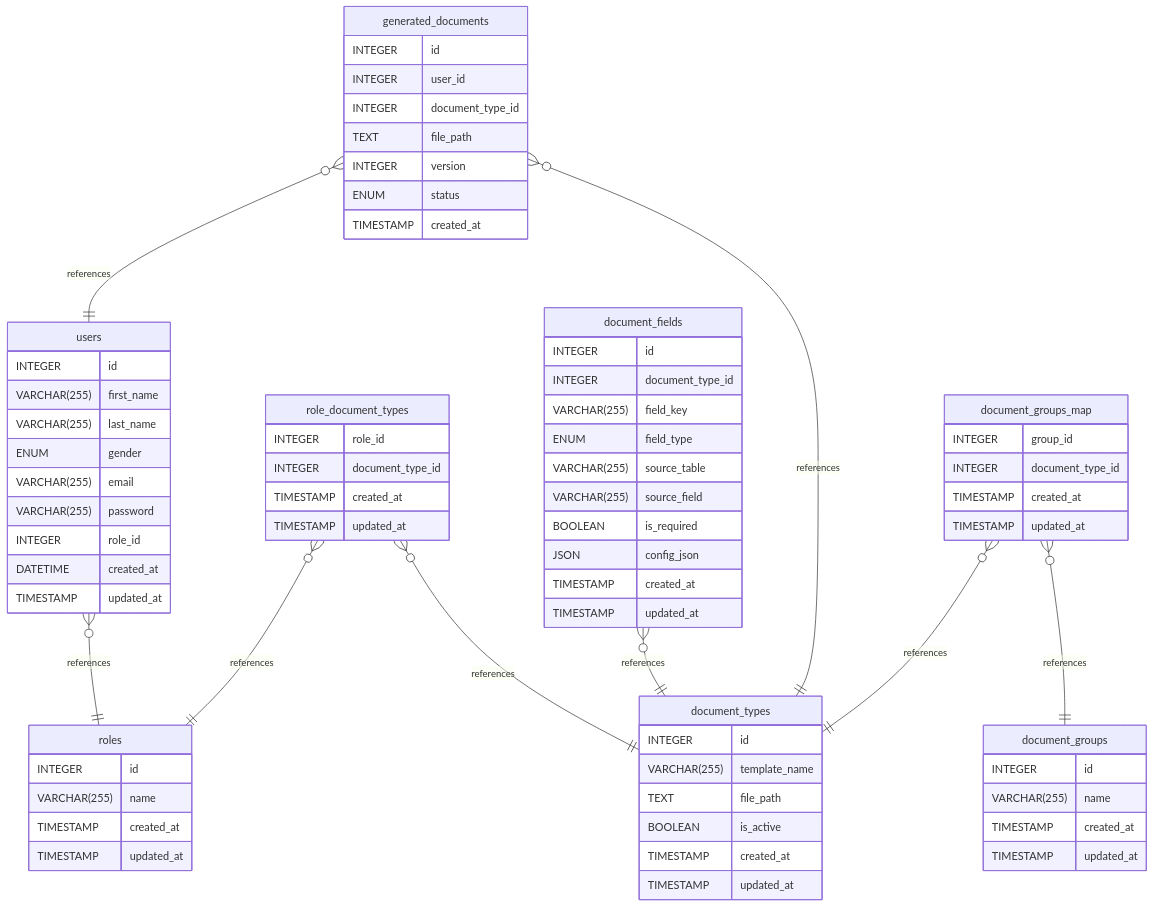
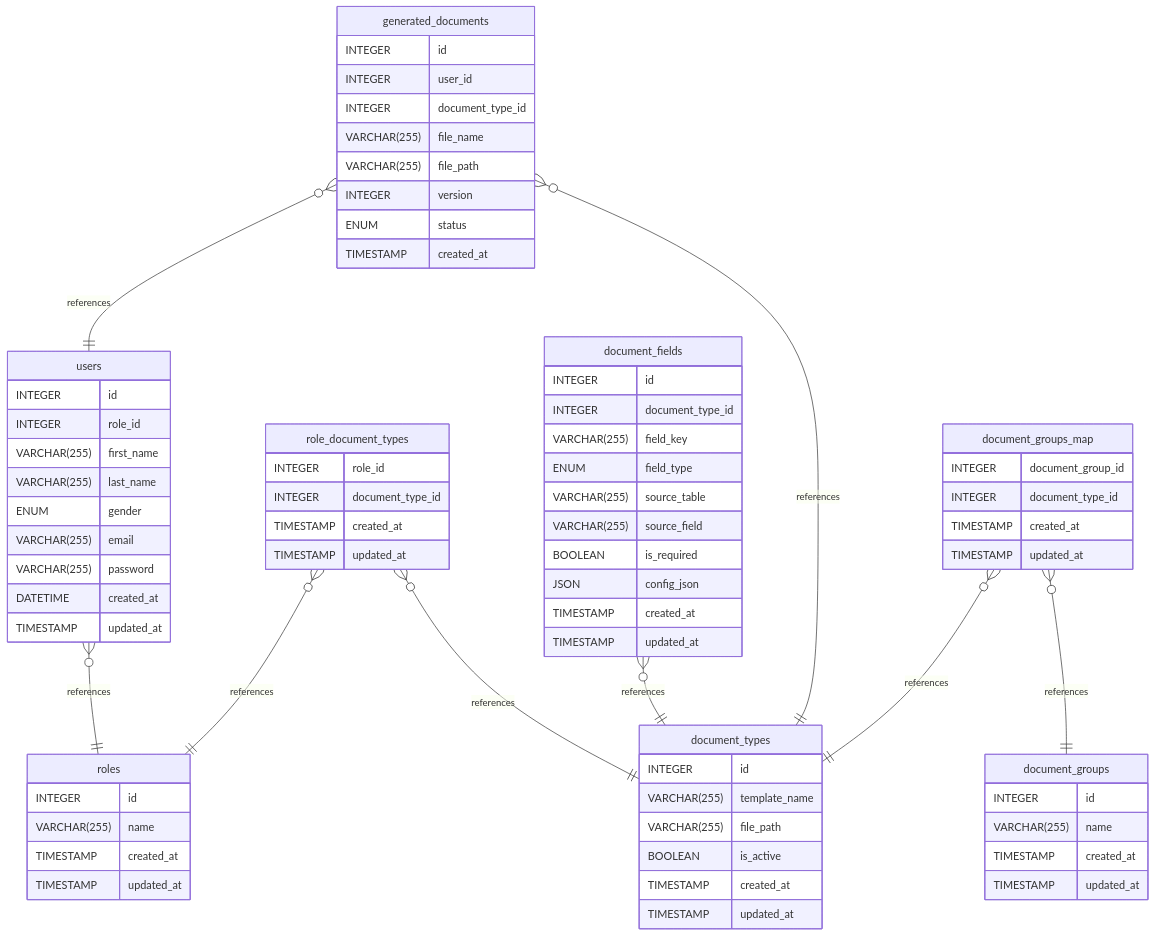
The diagram in backend/database/README.md (nzrrs/CMC-DMS), drawn with Mermaid before and after one commit.

```diff
--- a/backend/database/README.md
+++ b/backend/database/README.md
@@ -232,7 +232,7 @@
 	document_types {
 		INTEGER id
 		VARCHAR(255) template_name
-		TEXT file_path
+		VARCHAR(255) file_path
 		BOOLEAN is_active
 		TIMESTAMP created_at
 		TIMESTAMP updated_at
@@ -241,6 +241,13 @@
 	document_groups {
 		INTEGER id
 		VARCHAR(255) name
+		TIMESTAMP created_at
+		TIMESTAMP updated_at
+	}
+
+	document_groups_map {
+		INTEGER document_group_id
+		INTEGER document_type_id
 		TIMESTAMP created_at
 		TIMESTAMP updated_at
 	}
@@ -258,18 +265,12 @@
 		TIMESTAMP updated_at
 	}
 
-	document_groups_map {
-		INTEGER group_id
-		INTEGER document_type_id
-		TIMESTAMP created_at
-		TIMESTAMP updated_at
-	}
-
 	generated_documents {
 		INTEGER id
 		INTEGER user_id
 		INTEGER document_type_id
-		TEXT file_path
+		VARCHAR(255) file_name
+		VARCHAR(255) file_path
 		INTEGER version
 		ENUM status
 		TIMESTAMP created_at
@@ -277,12 +278,12 @@
 
 	users {
 		INTEGER id
+		INTEGER role_id
 		VARCHAR(255) first_name
 		VARCHAR(255) last_name
 		ENUM gender
 		VARCHAR(255) email
 		VARCHAR(255) password
-		INTEGER role_id
 		DATETIME created_at
 		TIMESTAMP updated_at
 	}
```
